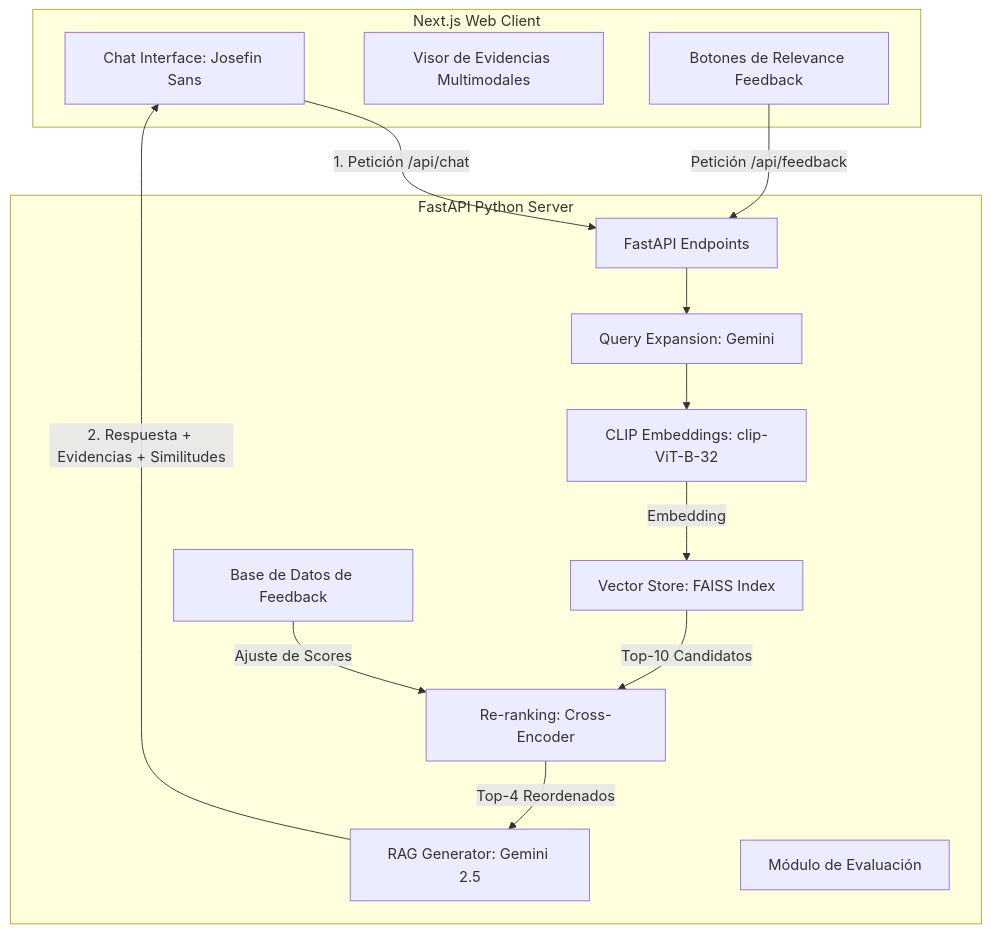
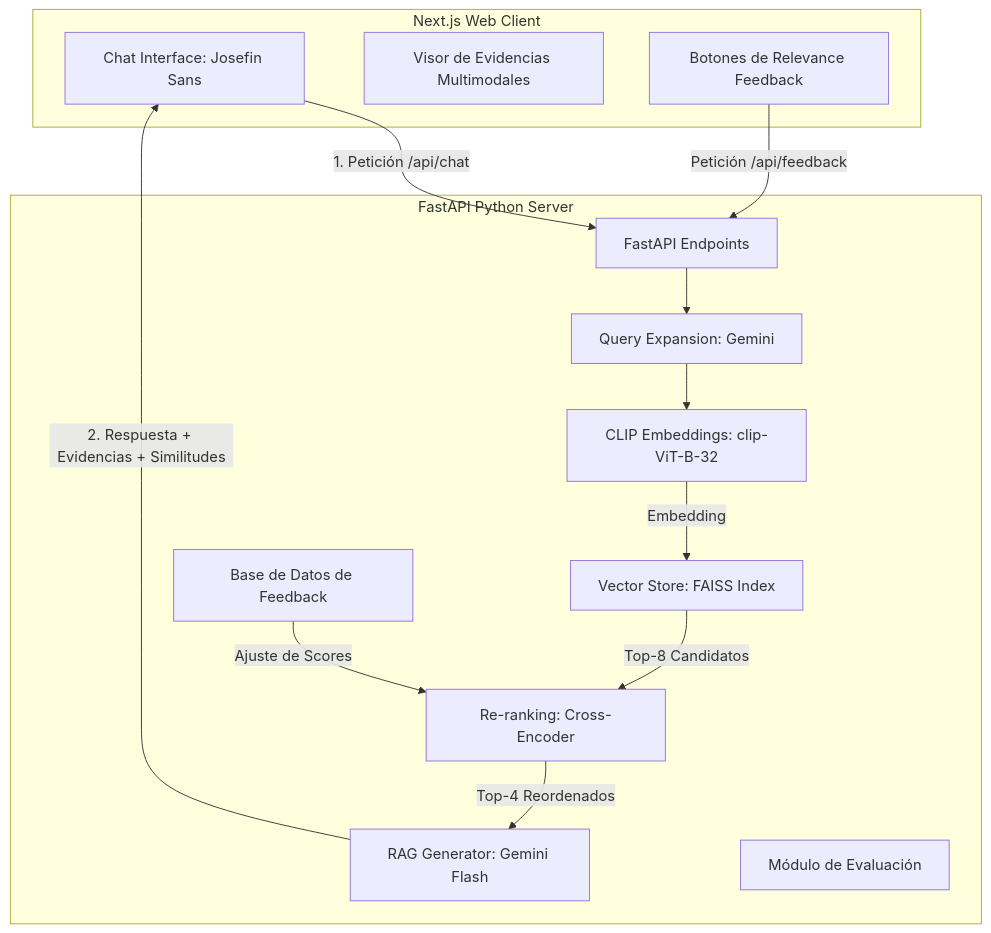
Before and after one commit to LeninReyesEPN/Proyetcto2doBimestre-RI-Reyes-Hernandez: the diagram in INFORME.md, drawn with Mermaid. The commit also changed other lines of this file and 6 other files, not shown here.

````diff
--- a/INFORME.md
+++ b/INFORME.md
@@ -29,29 +38,29 @@
 ```mermaid
 graph TD
     subgraph Frontend [Next.js Web Client]
         UI[Chat Interface: Josefin Sans]
         Evidencias[Visor de Evidencias Multimodales]
         Feedback[Botones de Relevance Feedback]
     end
 
     subgraph Backend [FastAPI Python Server]
         API[FastAPI Endpoints]
         QE[Query Expansion: Gemini]
         CLIP[CLIP Embeddings: clip-ViT-B-32]
         FAISS[Vector Store: FAISS Index]
         RERANK[Re-ranking: Cross-Encoder]
-        LLM[RAG Generator: Gemini 2.5]
+        LLM[RAG Generator: Gemini Flash]
         FeedbackDB[Base de Datos de Feedback]
         Eval[Módulo de Evaluación]
     end
 
     UI -->|1. Petición /api/chat| API
     Feedback -->|Petición /api/feedback| API
     API --> QE
     QE --> CLIP
     CLIP -->|Embedding| FAISS
-    FAISS -->|Top-10 Candidatos| RERANK
+    FAISS -->|Top-8 Candidatos| RERANK
     RERANK -->|Top-4 Reordenados| LLM
     FeedbackDB -->|Ajuste de Scores| RERANK
     LLM -->|2. Respuesta + Evidencias + Similitudes| UI
 ```
````
